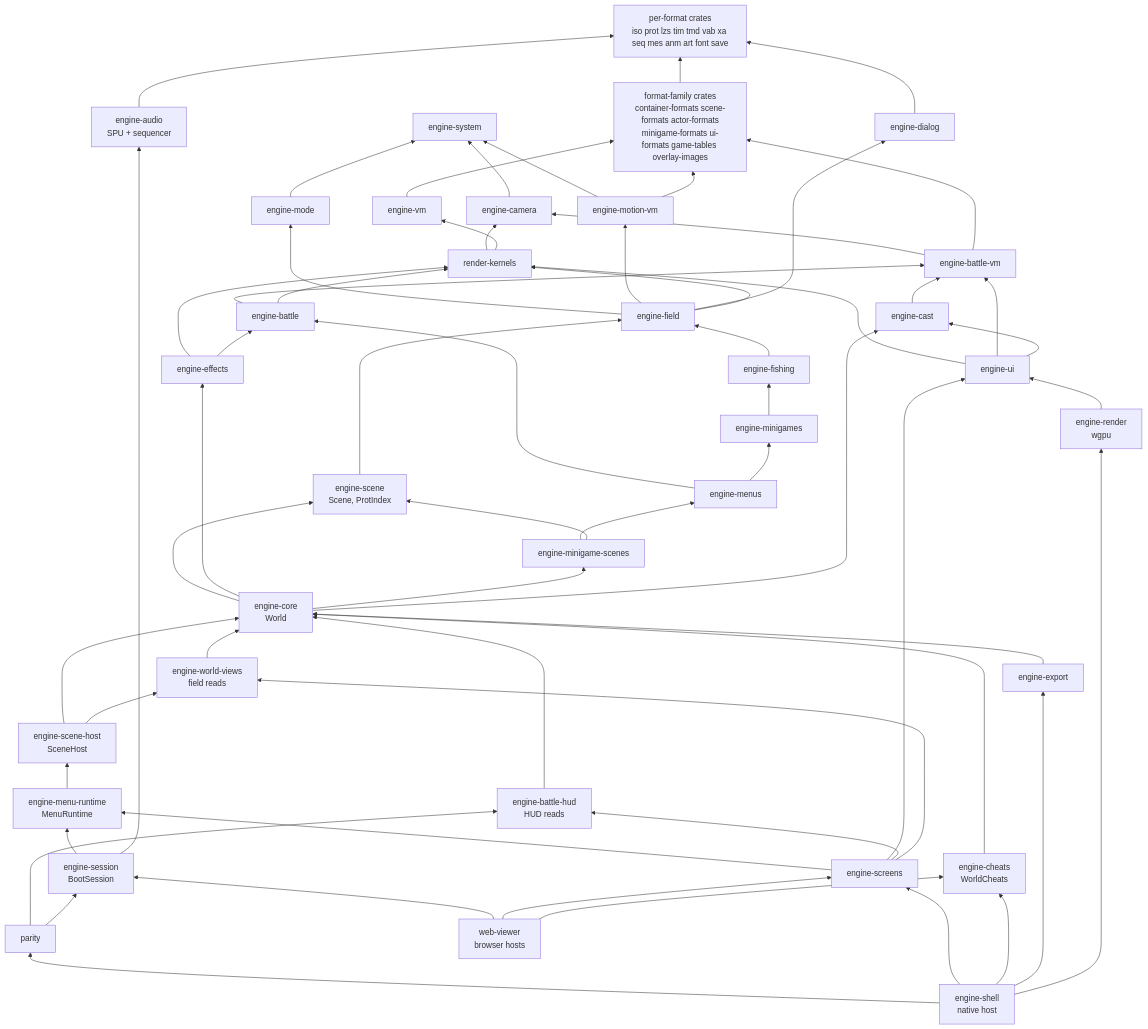
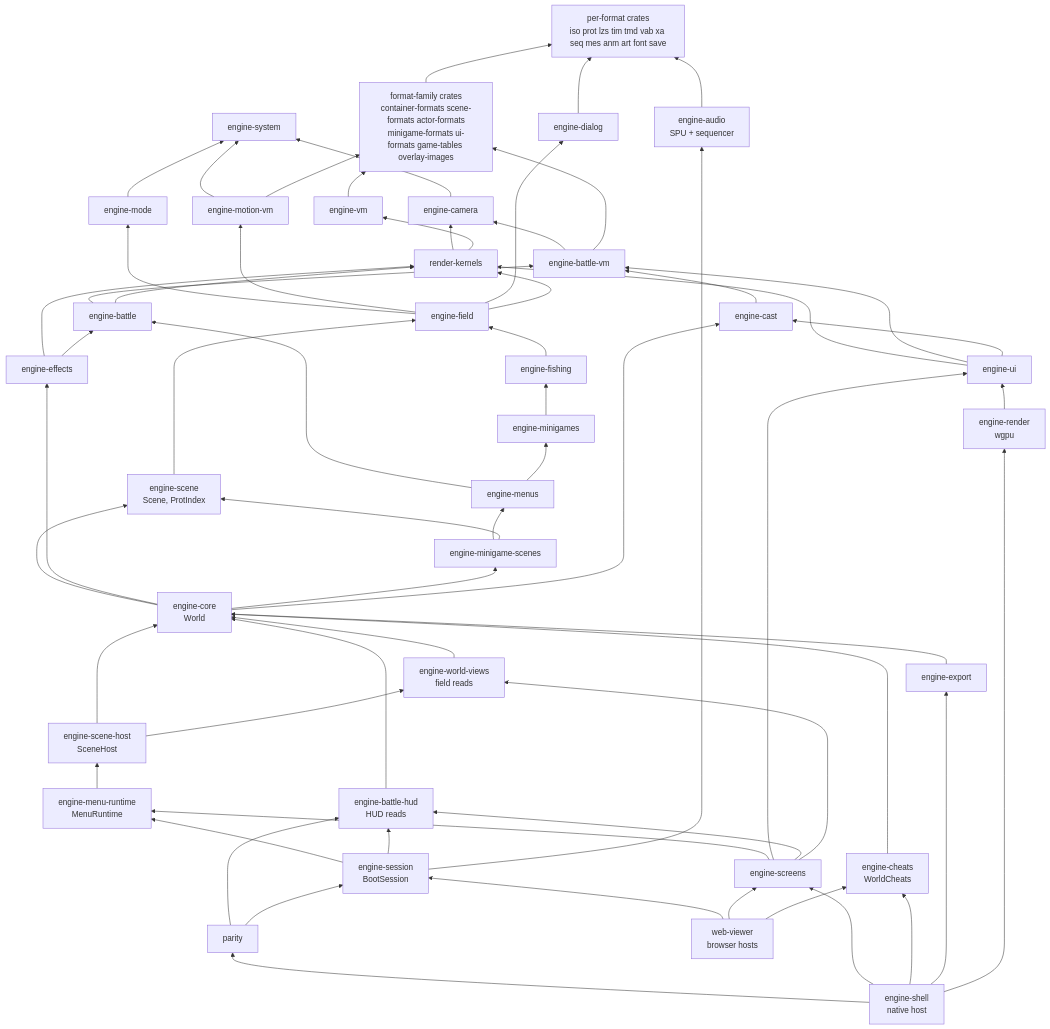
Before and after one commit to AndrewAltimit/legend-of-legaia-re: the first of 4 diagrams in docs/subsystems/engine.md, drawn with Mermaid. The commit also changed other lines of this file and 16 other files, not shown here.

```diff
--- a/docs/subsystems/engine.md
+++ b/docs/subsystems/engine.md
@@ -120,6 +120,7 @@
     SH --> WV
     ECHT --> CORE
     SESS --> MR
+    SESS --> BHUD
     SESS --> EAUD
     SCR --> MR
     SCR --> EUI
```
